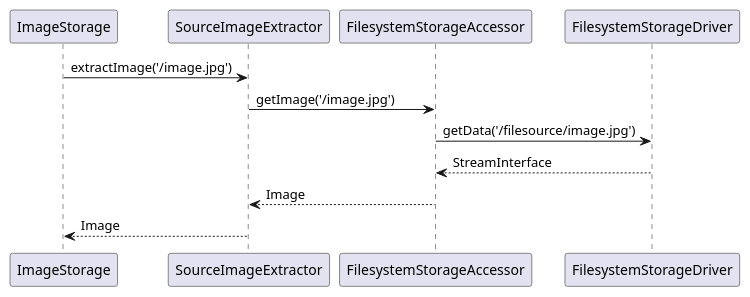
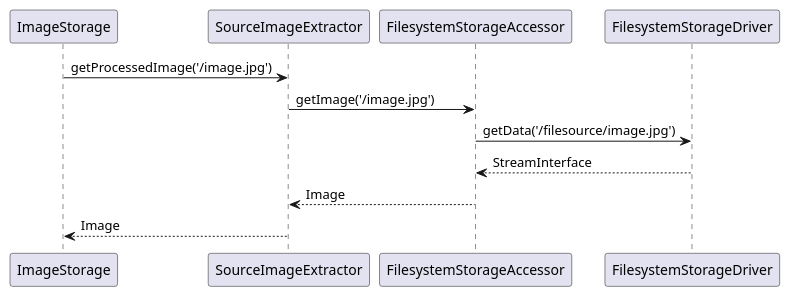
Before and after one commit to strider2038/image-cache: the diagram in docs/uml/source-extractor-and-filesystem-storage.puml, drawn with PlantUML. The commit also changed 10 other files, not shown here.

Commit message:
ImageExtractor extractImage renamed to getProcessedImage

```diff
--- a/docs/uml/source-extractor-and-filesystem-storage.puml
+++ b/docs/uml/source-extractor-and-filesystem-storage.puml
@@ -1,10 +1,10 @@
 @startuml
 
-ImageStorage -> SourceImageExtractor: extractImage('/image.jpg')
+ImageStorage -> SourceImageExtractor: getProcessedImage('/image.jpg')
 SourceImageExtractor -> FilesystemStorageAccessor: getImage('/image.jpg')
 FilesystemStorageAccessor -> FilesystemStorageDriver: getData('/filesource/image.jpg')
 FilesystemStorageAccessor <-- FilesystemStorageDriver: StreamInterface
 SourceImageExtractor <-- FilesystemStorageAccessor: Image
 ImageStorage <-- SourceImageExtractor: Image
 
 @enduml
```
